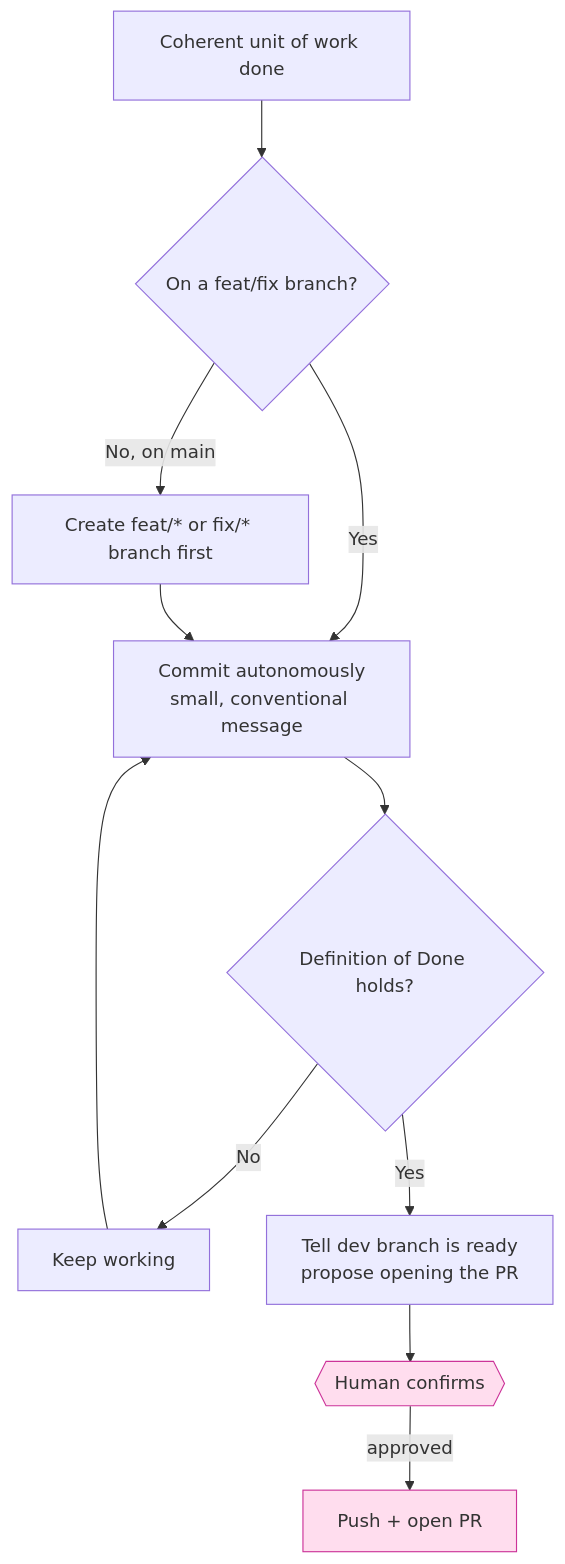
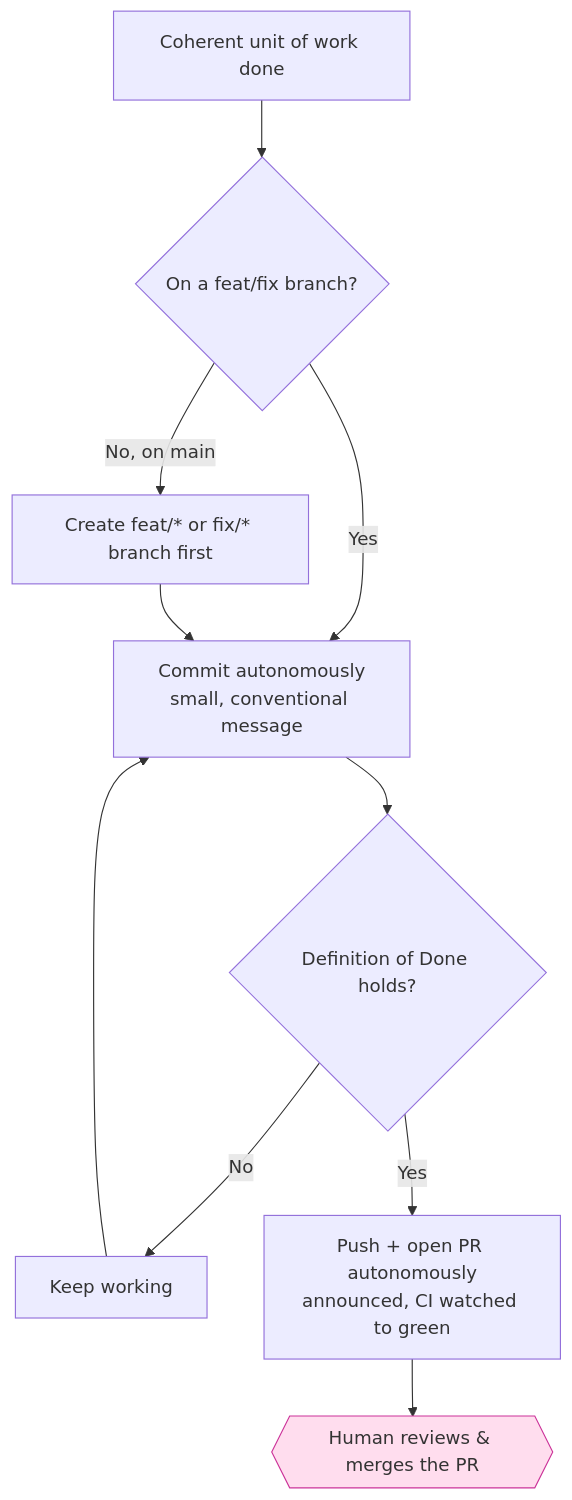
The diagram in docs/concepts/authorization-model.md (element22llc/e22-plugins), drawn with Mermaid before and after one commit. The commit also changed other lines of this file and 33 other files, not shown here.

````diff
--- a/docs/concepts/authorization-model.md
+++ b/docs/concepts/authorization-model.md
@@ -8,16 +8,15 @@
 ```mermaid
 flowchart TD
     START[Coherent unit of work done] --> BRANCH{On a feat/fix branch?}
     BRANCH -->|No, on main| MK[Create feat/* or fix/* branch first]
     BRANCH -->|Yes| COMMIT
     MK --> COMMIT[Commit autonomously<br/>small, conventional message]
     COMMIT --> DONE{Definition of Done holds?}
     DONE -->|No| MORE[Keep working]
     MORE --> COMMIT
-    DONE -->|Yes| PROPOSE[Tell dev branch is ready<br/>propose opening the PR]
-    PROPOSE --> GATE{{Human confirms}}
-    GATE -->|approved| PUSH[Push + open PR]
+    DONE -->|Yes| PUSH[Push + open PR autonomously<br/>announced, CI watched to green]
+    PUSH --> GATE{{Human reviews & merges the PR}}
 
     classDef gated fill:#fde,stroke:#c39
-    class GATE,PUSH gated
+    class GATE gated
 ```
````
